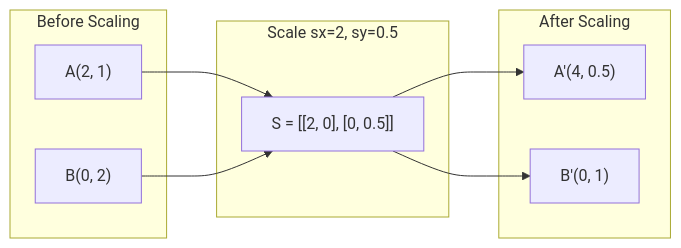
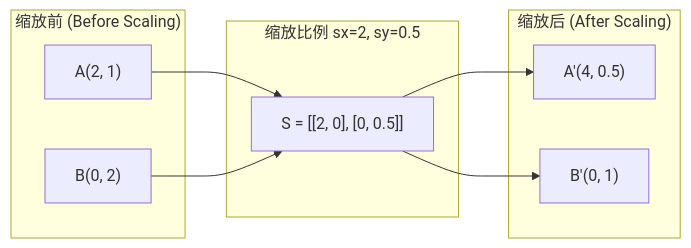
Before and after one commit to SmallMX/ai-engineering-from-scratch: the third of 7 diagrams in phases/01-math-foundations/03-matrix-transformations/docs/zh-CN.md, drawn with Mermaid. The commit also changed other lines of this file and 1 other file, not shown here.

````diff
--- a/phases/01-math-foundations/03-matrix-transformations/docs/zh-CN.md
+++ b/phases/01-math-foundations/03-matrix-transformations/docs/zh-CN.md
@@ -95,16 +98,16 @@
 ```mermaid
 graph LR
-    subgraph Before["Before Scaling"]
+    subgraph Before["缩放前 (Before Scaling)"]
         A["A(2, 1)"]
         B["B(0, 2)"]
     end
-    subgraph Scale["Scale sx=2, sy=0.5"]
+    subgraph Scale["缩放比例 sx=2, sy=0.5"]
         S["S = [[2, 0], [0, 0.5]]"]
     end
-    subgraph After["After Scaling"]
+    subgraph After["缩放后 (After Scaling)"]
         Ap["A'(4, 0.5)"]
         Bp["B'(0, 1)"]
     end
     A --> S --> Ap
     B --> S --> Bp
 ```
````
